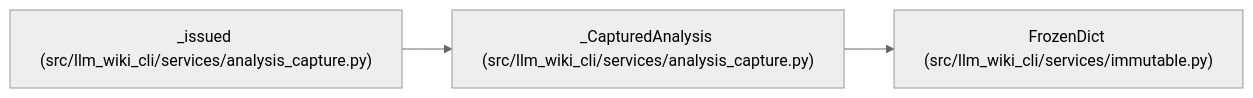
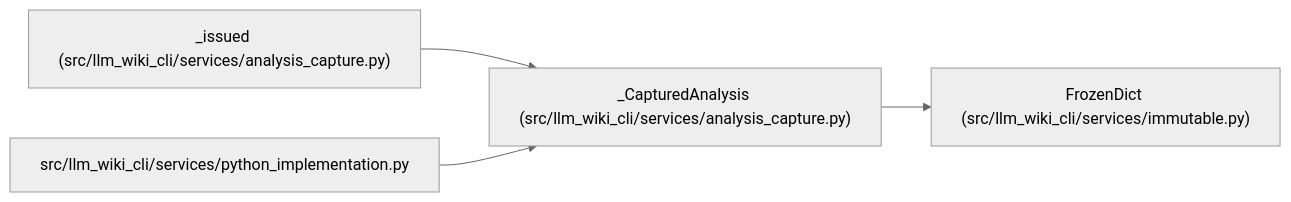
One commit to Denissvgn/python-wiki-llm changed the diagram in docs/llm_wiki/entities/CapturedAnalysis.md. Above: the diagram before and after it, drawn with Mermaid (neutral theme). The commit also changed other lines of this file and 1410 other files, not shown here.

````diff
--- a/docs/llm_wiki/entities/CapturedAnalysis.md
+++ b/docs/llm_wiki/entities/CapturedAnalysis.md
@@ -26,11 +26,14 @@
 ```mermaid
 flowchart LR
     n0["_CapturedAnalysis (src/llm_wiki_cli/services/analysis_capture.py)"]
     n1["FrozenDict (src/llm_wiki_cli/services/immutable.py)"]
     n2["_issued (src/llm_wiki_cli/services/analysis_capture.py)"]
+    n3["src/llm_wiki_cli/services/python_implementation.py"]
     n0 --> n1
     n2 --> n0
+    n3 --> n0
     click n0 "../modules/analysis_capture.md"
     click n1 "../modules/immutable.md"
     click n2 "../modules/analysis_capture.md"
+    click n3 "../modules/python_implementation.md"
 ```
````
